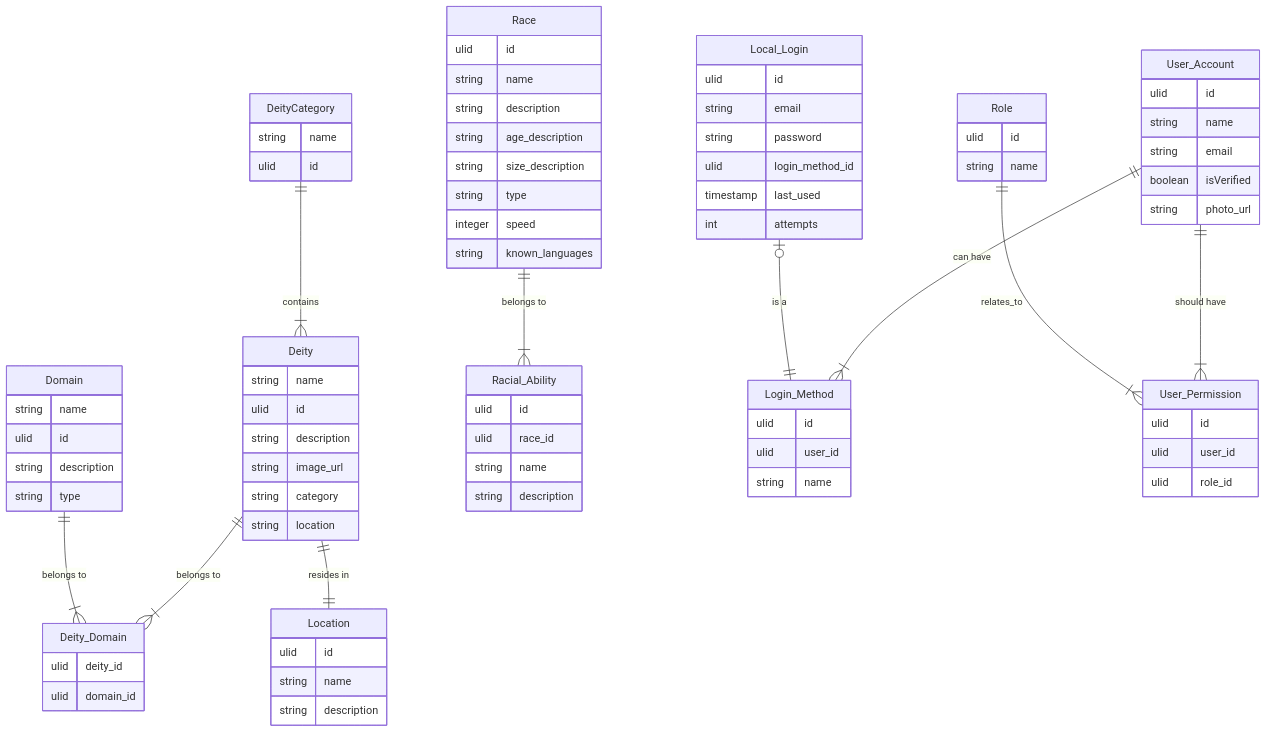
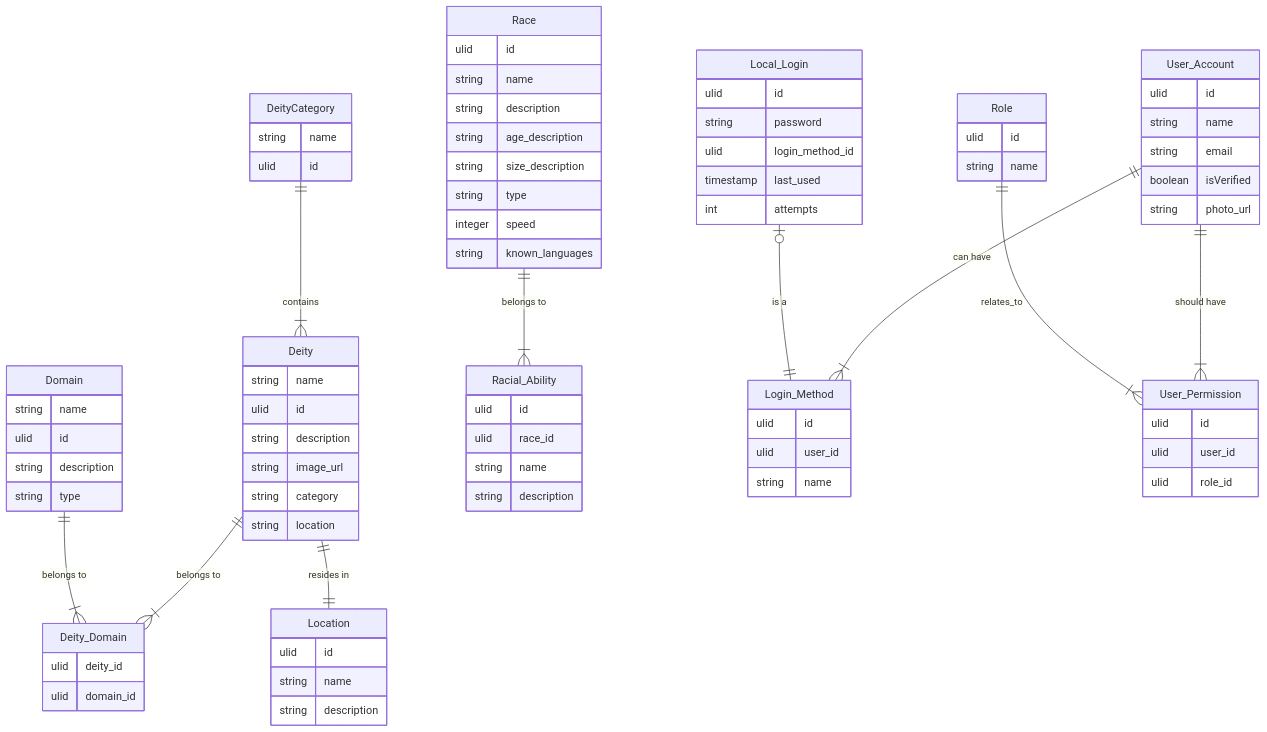
The diagram in libs/db/migrations/diagram.mmd (jmcdo29/unteris), drawn with Mermaid before and after one commit. The commit also changed 8 other files, not shown here.

```diff
--- a/libs/db/migrations/diagram.mmd
+++ b/libs/db/migrations/diagram.mmd
@@ -1,82 +1,81 @@
 erDiagram
     DeityCategory ||--|{ Deity : "contains"
     Deity ||--|{ Deity_Domain : "belongs to"
     Domain ||--|{ Deity_Domain : "belongs to"
     Deity ||--|| Location : "resides in"
     Race ||--|{ Racial_Ability : "belongs to"
     User_Account ||--|{ Login_Method : "can have"
     Local_Login |o --|| Login_Method : "is a"
     User_Account || --|{ User_Permission : "should have"
     Role || --|{ User_Permission : "relates_to"
     DeityCategory {
         string name
         ulid id
     }
     Deity {
         string name
         ulid id
         string description
         string image_url
         string category
         string location
     }
     Domain {
         string name
         ulid id
         string description
         string type
     }
     Deity_Domain {
         ulid deity_id
         ulid domain_id
     }
     Location {
         ulid id
         string name
         string description
     }
     Race {
         ulid id
         string name
         string description
         string age_description
         string size_description
         string type
         integer speed
         string known_languages
     }
     Racial_Ability {
         ulid id
         ulid race_id
         string name
         string description
     }
     User_Account {
         ulid id
         string name
         string email
         boolean isVerified
         string photo_url
     }
     User_Permission {
         ulid id
         ulid user_id
         ulid role_id
     }
     Login_Method {
         ulid id
         ulid user_id
         string name
     }
     Local_Login {
         ulid id
-        string email
         string password
         ulid login_method_id
         timestamp last_used
         int attempts
     }
     Role {
         ulid id
         string name
     }
```
